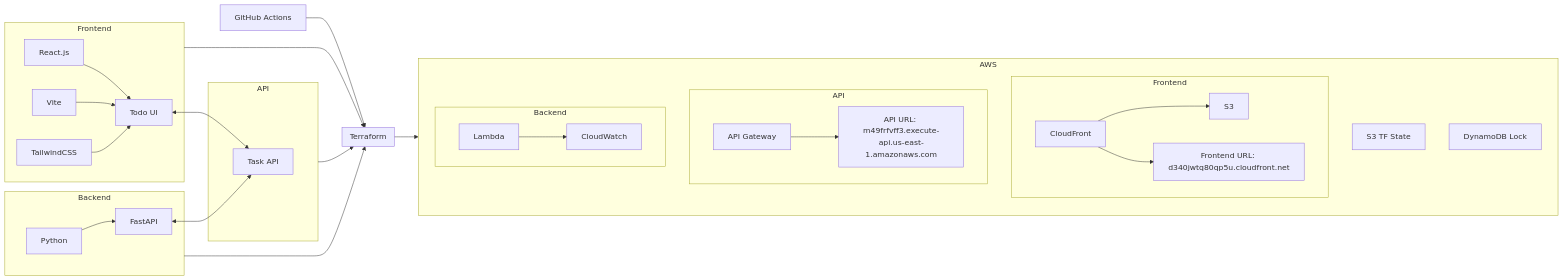
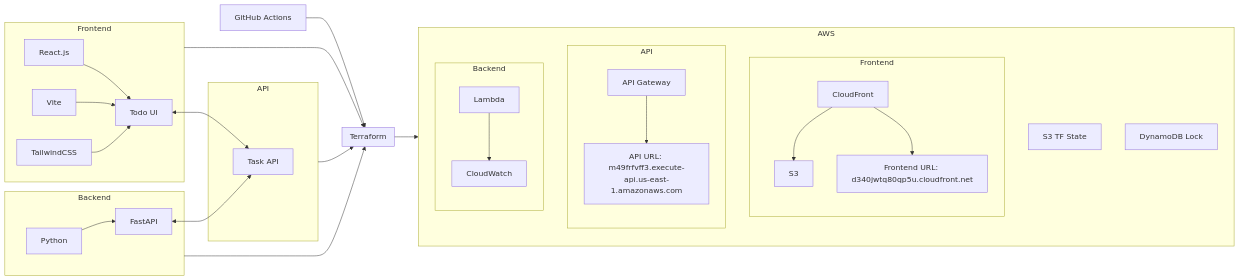
One commit to austinhogan11/Multicloud-DevOps-Demo changed the diagram in README.md. Above: the diagram before and after it, drawn with Mermaid.

Commit message:
docs: stack AWS section vertically with 'direction TB' for readability

````diff
--- a/README.md
+++ b/README.md
@@ -23,58 +23,62 @@
 ```mermaid
 flowchart LR
 
   %% CI/CD orchestrator
   GH[GitHub Actions] --> TF
 
   %% Left-to-right: Frontend | API | Backend
   subgraph FE[Frontend]
     R[React.js] --> UI[Todo UI]
     V[Vite] --> UI
     T[TailwindCSS] --> UI
   end
 
   subgraph API[API]
     Task[Task API]
   end
 
   subgraph BE[Backend]
     Py[Python] --> FAPI[FastAPI]
   end
 
   %% Bidirectional wiring
   UI <--> Task
   FAPI <--> Task
 
   %% Terraform beneath the three sections
   subgraph TF[Terraform]
   end
 
   FE --> TF
   API --> TF
   BE --> TF
 
   %% Provision into AWS
   TF --> AWS
 
   subgraph AWS[AWS]
+    direction TB
     %% Frontend in AWS
     subgraph AWS_FE[Frontend]
+      direction TB
       CF[CloudFront] --> S3[S3]
       CF --> CFURL[Frontend URL: d340jwtq80qp5u.cloudfront.net]
     end
 
     %% API in AWS
     subgraph AWS_API[API]
+      direction TB
       APIGW[API Gateway] --> APIURL[API URL: m49frfvff3.execute-api.us-east-1.amazonaws.com]
     end
 
     %% Backend in AWS
     subgraph AWS_BE[Backend]
+      direction TB
       LMB[Lambda] --> CW[CloudWatch]
     end
 
     %% Terraform backend (part of AWS)
     TFS3[S3 TF State]
     TFDDB[DynamoDB Lock]
   end
 ```
````
